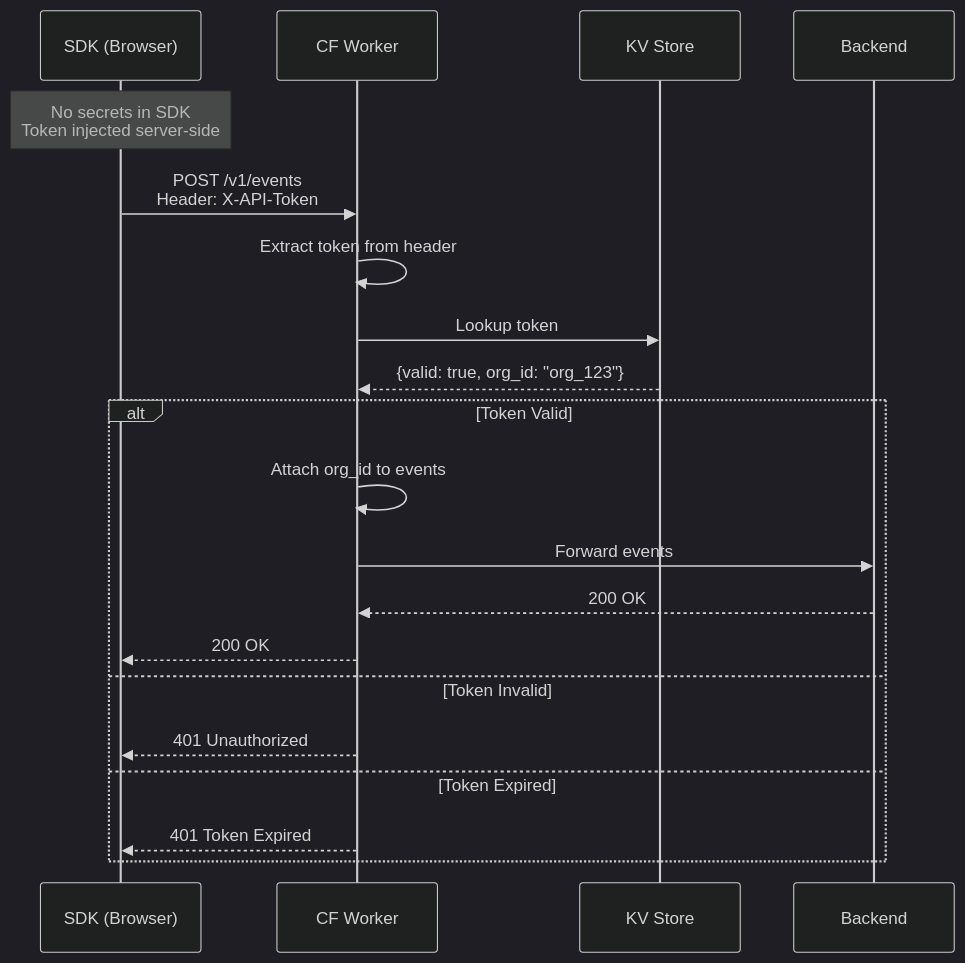
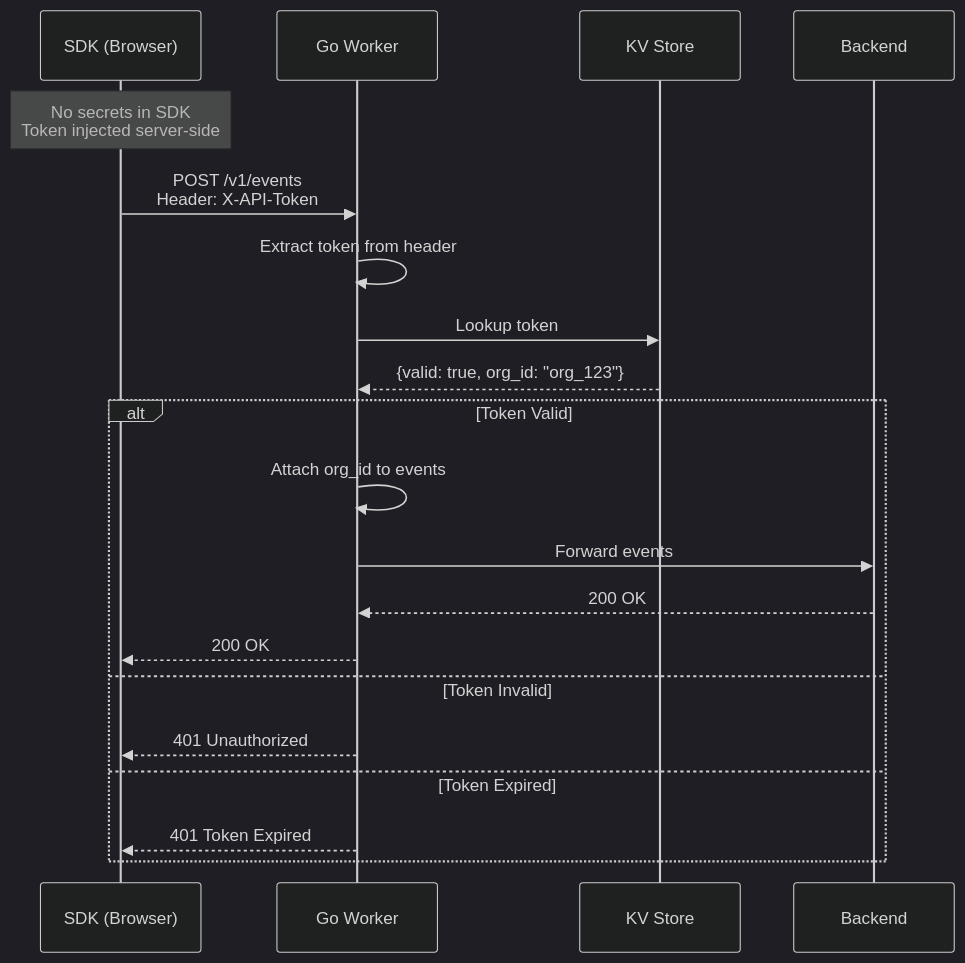
Before and after one commit to openqoe/openqoe-dev: the tenth of 14 diagrams in docs/architecture.md, drawn with Mermaid (dark theme). The commit also changed other lines of this file and 12 other files, not shown here.

````diff
--- a/docs/architecture.md
+++ b/docs/architecture.md
@@ -573,25 +493,25 @@
 ```mermaid
 sequenceDiagram
     participant SDK as SDK (Browser)
-    participant Worker as CF Worker
+    participant Worker as Go Worker
     participant KV as KV Store
     participant Backend as Backend
 
     Note over SDK: No secrets in SDK<br/>Token injected server-side
 
     SDK->>Worker: POST /v1/events<br/>Header: X-API-Token
     Worker->>Worker: Extract token from header
     Worker->>KV: Lookup token
     KV-->>Worker: {valid: true, org_id: "org_123"}
 
     alt Token Valid
         Worker->>Worker: Attach org_id to events
         Worker->>Backend: Forward events
         Backend-->>Worker: 200 OK
         Worker-->>SDK: 200 OK
     else Token Invalid
         Worker-->>SDK: 401 Unauthorized
     else Token Expired
         Worker-->>SDK: 401 Token Expired
     end
 ```
````
